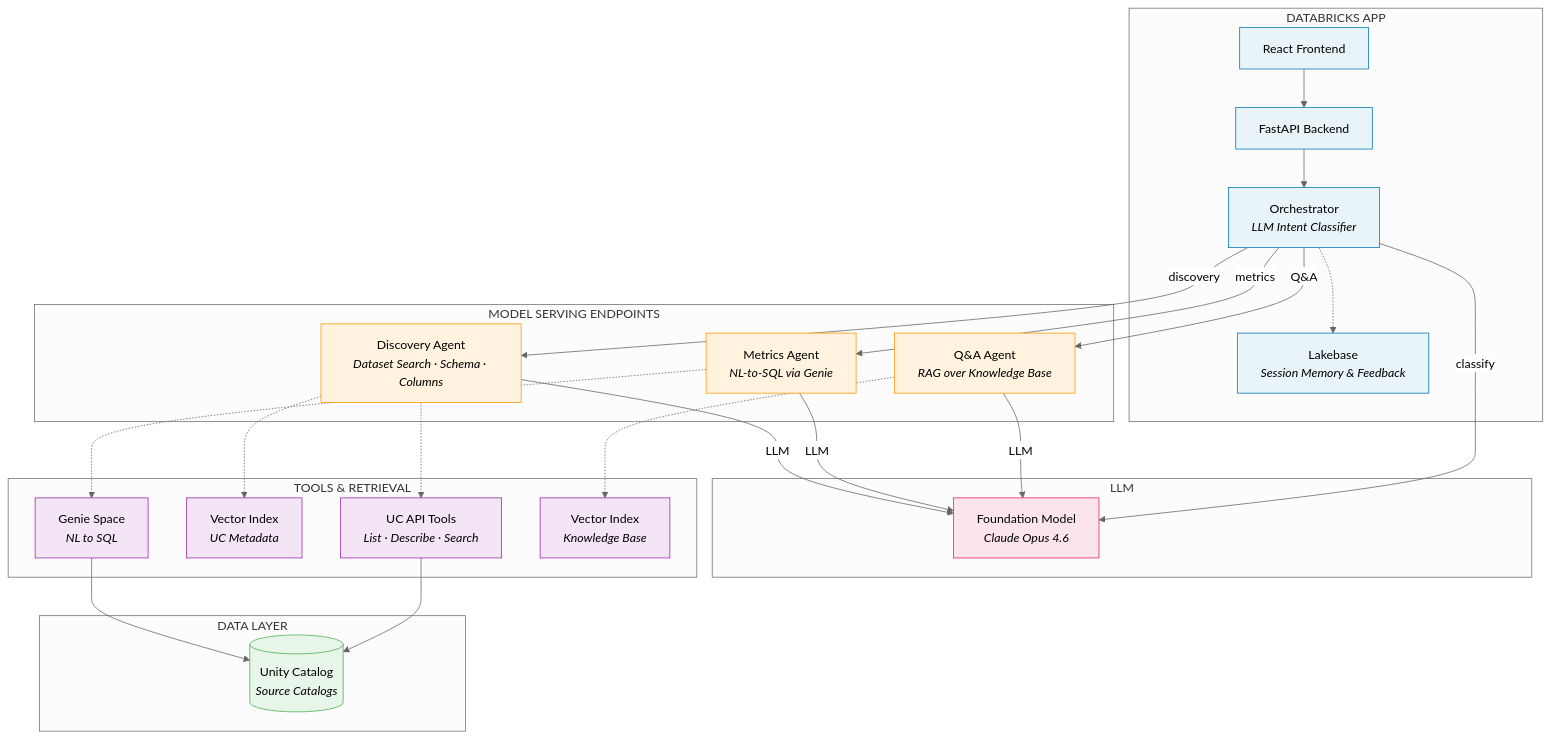
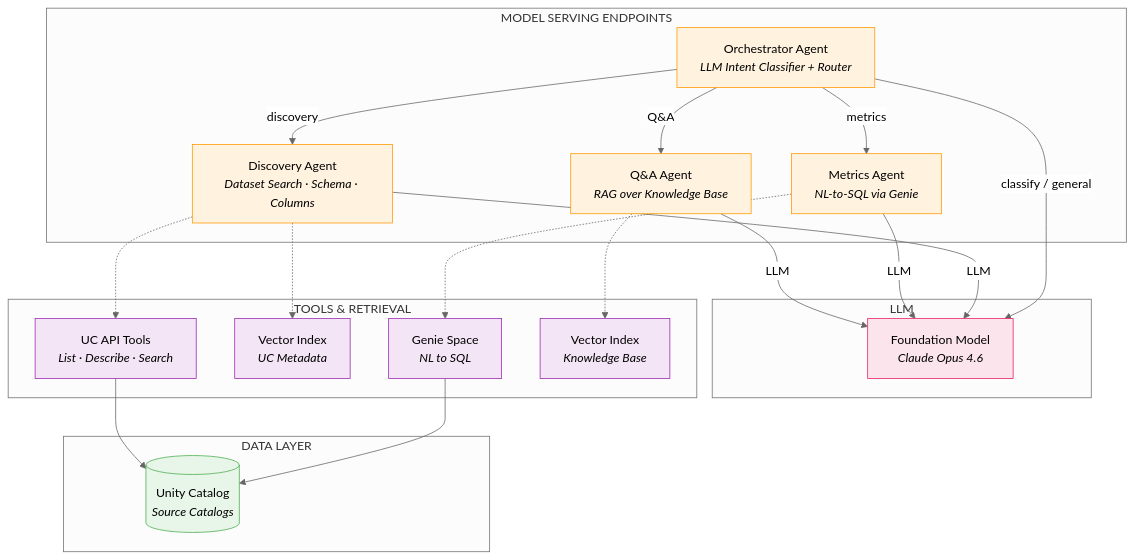
Before and after one commit to guanjieshen/uc-data-advisor: the diagram in README.md, drawn with Mermaid (neutral theme). The commit also changed other lines of this file and 2 other files, not shown here.

First line of the commit message:
Update all docs: remove Databricks App/Lakebase, reflect SP-based architecture

````diff
--- a/README.md
+++ b/README.md
@@ -7,61 +7,51 @@
 ```mermaid
 flowchart TB
-    subgraph APP["DATABRICKS APP"]
-        FE["React Frontend"]
-        API["FastAPI Backend"]
-        ORCH["Orchestrator<br/><i>LLM Intent Classifier</i>"]
-        LB["Lakebase<br/><i>Session Memory & Feedback</i>"]
-        FE --> API --> ORCH
-        ORCH -.-> LB
-    end
-
     subgraph SERVING["MODEL SERVING ENDPOINTS"]
+        ORCH["Orchestrator Agent<br/><i>LLM Intent Classifier + Router</i>"]
         DA["Discovery Agent<br/><i>Dataset Search · Schema · Columns</i>"]
         DM["Metrics Agent<br/><i>NL-to-SQL via Genie</i>"]
         QA["Q&A Agent<br/><i>RAG over Knowledge Base</i>"]
     end
 
     subgraph LLM["LLM"]
         CLAUDE["Foundation Model<br/><i>Claude Opus 4.6</i>"]
     end
 
     subgraph TOOLS["TOOLS & RETRIEVAL"]
         UC_API["UC API Tools<br/><i>List · Describe · Search</i>"]
         VS1["Vector Index<br/><i>UC Metadata</i>"]
         GENIE["Genie Space<br/><i>NL to SQL</i>"]
         VS2["Vector Index<br/><i>Knowledge Base</i>"]
     end
 
     subgraph DATA["DATA LAYER"]
         UCat[("Unity Catalog<br/><i>Source Catalogs</i>")]
     end
 
     ORCH -->|discovery| DA
     ORCH -->|metrics| DM
     ORCH -->|Q&A| QA
+    ORCH -->|classify / general| CLAUDE
 
     DA -->|LLM| CLAUDE
     DM -->|LLM| CLAUDE
     QA -->|LLM| CLAUDE
-    ORCH -->|classify| CLAUDE
 
     DA -.-> UC_API
     DA -.-> VS1
     DM -.-> GENIE
     QA -.-> VS2
 
     GENIE --> UCat
     UC_API --> UCat
 
-    classDef app fill:#e8f4f8,stroke:#0077b6
     classDef serving fill:#fff3e0,stroke:#ff9800
     classDef llm fill:#fce4ec,stroke:#e91e63
     classDef tools fill:#f3e5f5,stroke:#9c27b0
     classDef data fill:#e8f5e9,stroke:#4caf50
 
-    class FE,API,ORCH,LB app
-    class DA,DM,QA serving
+    class ORCH,DA,DM,QA serving
     class CLAUDE llm
     class UC_API,VS1,GENIE,VS2 tools
     class UCat data
 ```
````
